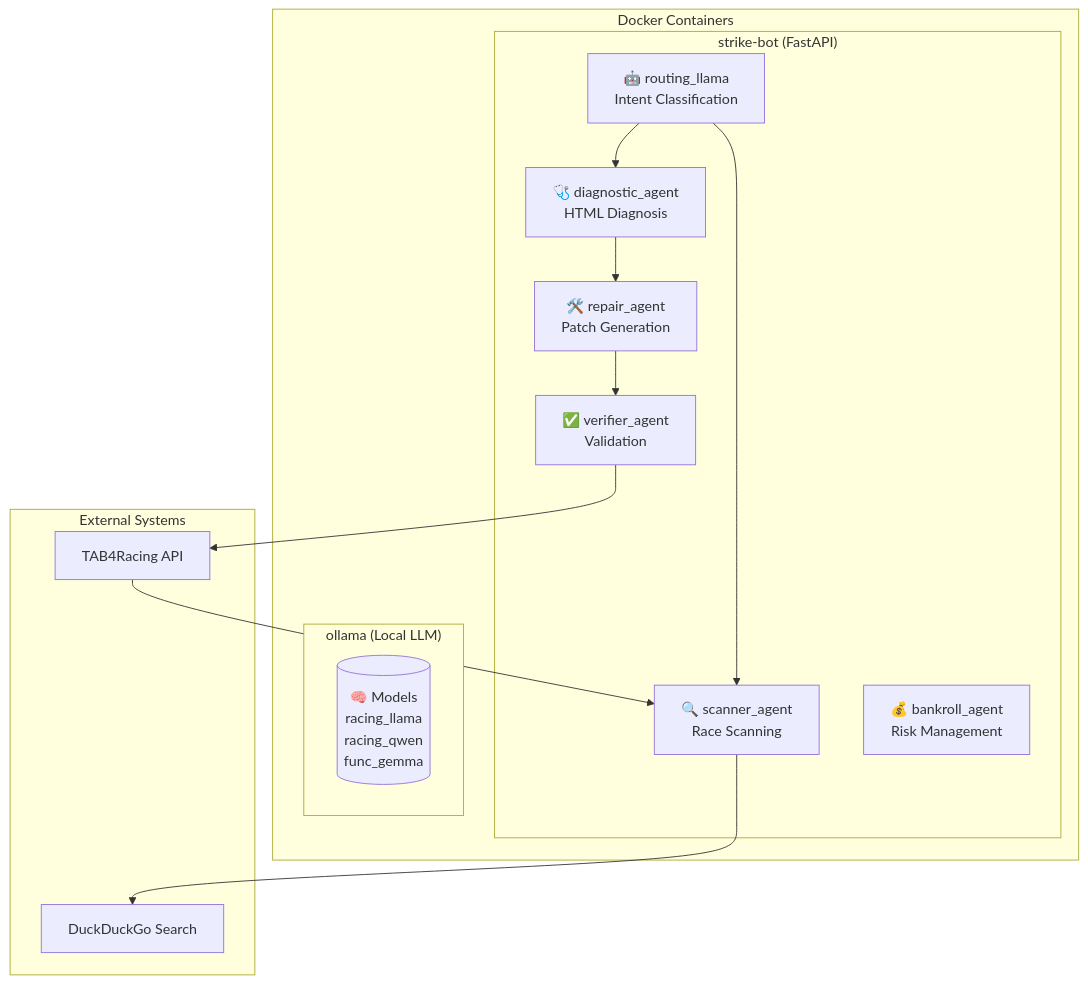
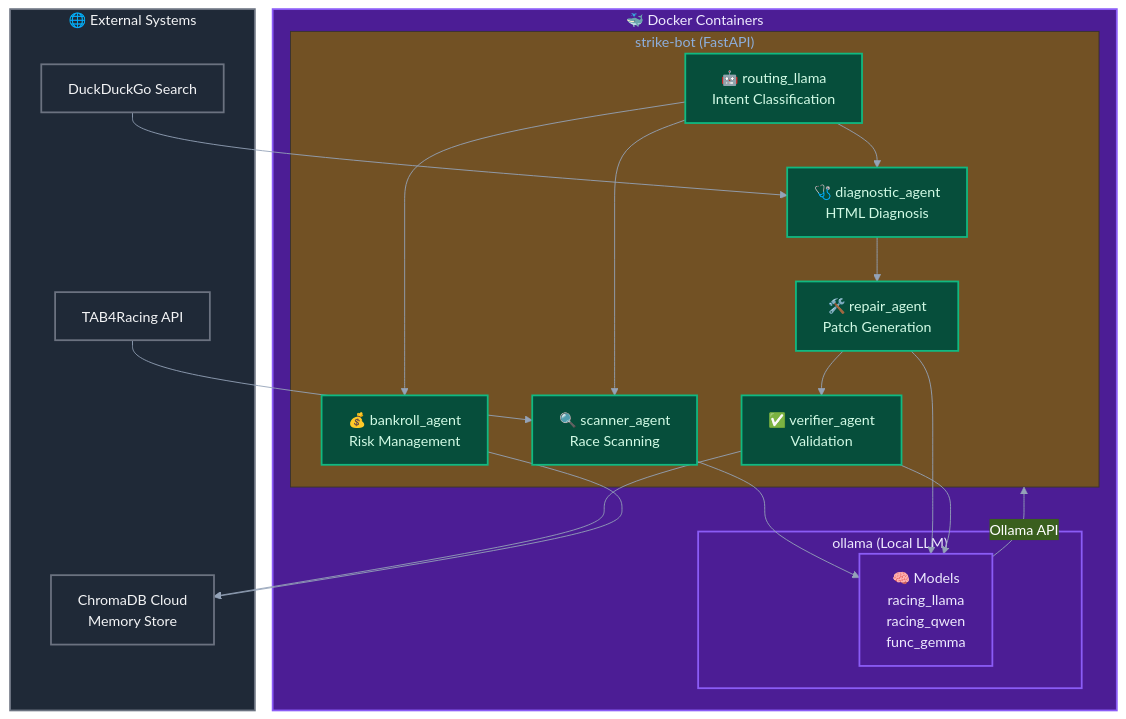
The diagram in docs/healing_swarm_architecture.md (Gmpho/strike-tips-autonomous-), drawn with Mermaid before and after one commit. The commit also changed 8 other files, not shown here.

Commit message:
docs: update Mermaid diagrams and architecture documentation for the hotpatch management flow

````diff
--- a/docs/healing_swarm_architecture.md
+++ b/docs/healing_swarm_architecture.md
@@ -12,30 +12,55 @@
 ```mermaid
+%%{
+  init: {
+    'theme': 'base',
+    'themeVariables': {
+      'primaryColor': '#1E3A5F',
+      'primaryTextColor': '#FFF',
+      'primaryBorderColor': '#2563EB',
+      'lineColor': '#94A3B8'
+    }
+  }
+}%%
 graph TB
-    subgraph "Docker Containers"
-        subgraph "strike-bot (FastAPI)"
-            R[🤖 routing_llama<br/>Intent Classification]
-            S1[🔍 scanner_agent<br/>Race Scanning]
-            S2[🩺 diagnostic_agent<br/>HTML Diagnosis]
-            S3[🛠️ repair_agent<br/>Patch Generation]
-            S4[✅ verifier_agent<br/>Validation]
-            S5[💰 bankroll_agent<br/>Risk Management]
+    classDef bot fill:#064E3B,stroke:#10B981,stroke-width:2px,color:#D1FAE5
+    classDef ollama fill:#4C1D95,stroke:#8B5CF6,stroke-width:2px,color:#EDE9FE
+    classDef external fill:#1F2937,stroke:#6B7280,stroke-width:2px,color:#F3F4F6
+    classDef monitoring fill:#1E3A5F,stroke:#3B82F6,stroke-width:2px,color:#DBEAFE
+
+    subgraph DOCKER["🐳 Docker Containers"]
+        subgraph BOT["strike-bot (FastAPI)"]
+            R["🤖 routing_llama<br/>Intent Classification"]
+            S1["🔍 scanner_agent<br/>Race Scanning"]
+            S2["🩺 diagnostic_agent<br/>HTML Diagnosis"]
+            S3["🛠️ repair_agent<br/>Patch Generation"]
+            S4["✅ verifier_agent<br/>Validation"]
+            S5["💰 bankroll_agent<br/>Risk Management"]
         end
+        class BOT bot
+        class R,S1,S2,S3,S4,S5 bot
         
-        subgraph "ollama (Local LLM)"
-            M[(🧠 Models<br/>racing_llama<br/>racing_qwen<br/>func_gemma)]
+        subgraph OLLAMA["ollama (Local LLM)"]
+            M["🧠 Models<br/>racing_llama<br/>racing_qwen<br/>func_gemma"]
         end
+        class OLLAMA ollama
+        class M ollama
     end
+    class DOCKER ollama
     
-    subgraph "External Systems"
-        TAB[TAB4Racing API]
-        DDG[DuckDuckGo Search]
+    subgraph EXTERNAL["🌐 External Systems"]
+        TAB["TAB4Racing API"]
+        DDG["DuckDuckGo Search"]
+        CHROMA["ChromaDB Cloud<br/>Memory Store"]
     end
-    
-    R --> S1
-    R --> S2
-    S2 --> S3
-    S3 --> S4
-    S4 --> TAB
+    class EXTERNAL external
+    class TAB,DDG,CHROMA external
+
+    R --> S1 & S2 & S5
+    S2 --> S3 --> S4
+    S1 & S3 & S4 --> M
+    M --> |Ollama API| BOT
     TAB --> S1
-    S1 --> DDG
+    DDG --> S2
+    S4 --> CHROMA
+    S5 --> CHROMA
 ```
````
